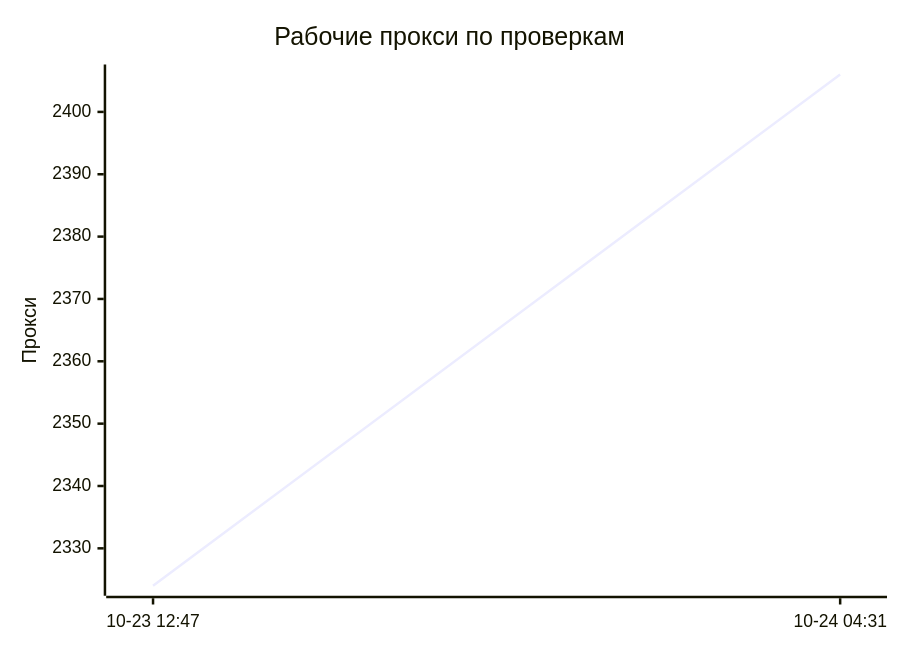
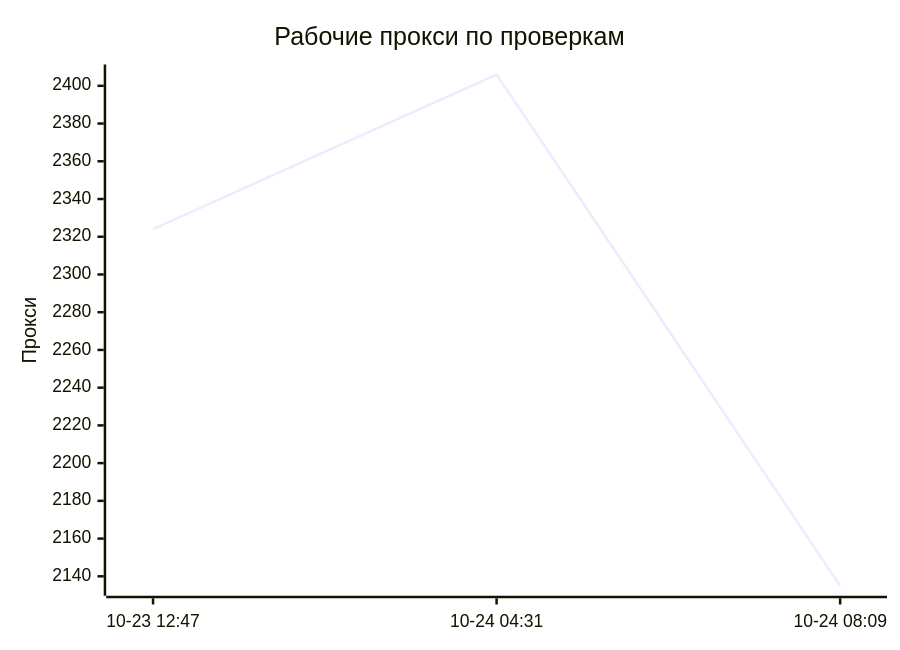
Before and after one commit to rvvg/proxy-subs: the first of 4 diagrams in README.md, drawn with Mermaid. The commit also changed other lines of this file and 57 other files, not shown here.

````diff
--- a/README.md
+++ b/README.md
@@ -130,7 +124,7 @@
 ```mermaid
 xychart-beta
     title "Рабочие прокси по проверкам"
-    x-axis ["10-23 12:47", "10-24 04:31"]
+    x-axis ["10-23 12:47", "10-24 04:31", "10-24 08:09"]
     y-axis "Прокси"
-    line [2324, 2406]
+    line [2324, 2406, 2135]
 ```
````
